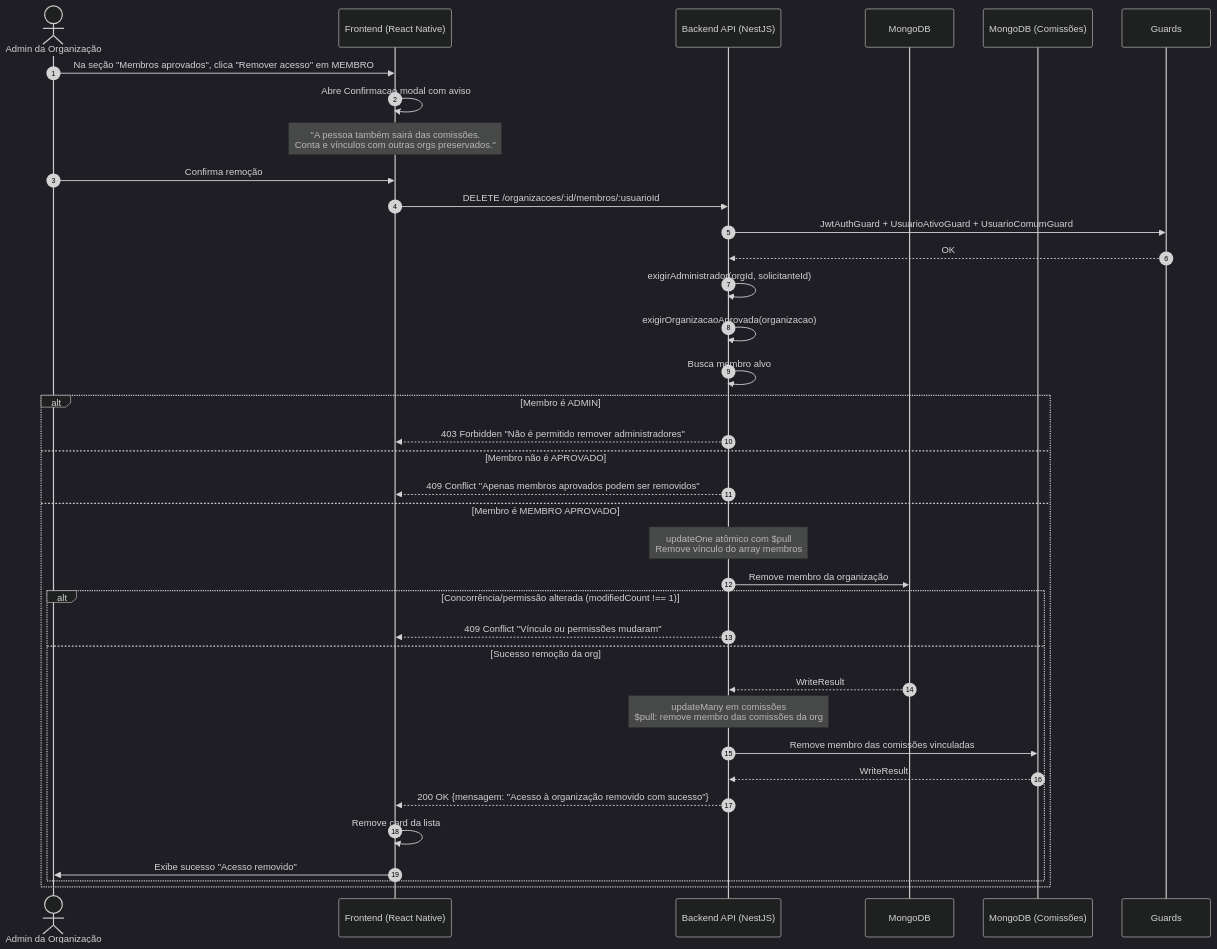
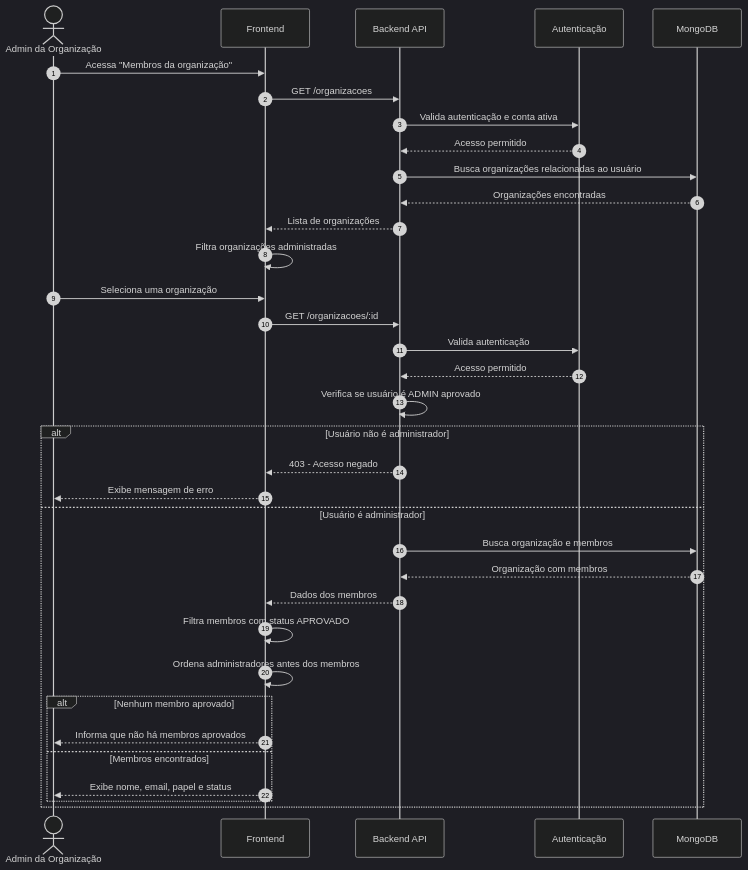
One commit to MrLucasMoreira/PDSI-Conecta- changed the eighth of 9 diagrams in docs/cadastro-usuario/6 - diagramas-sequencia-cadastro-usuario.md. Above: the diagram before and after it, drawn with Mermaid (dark theme). The commit also changed other lines of this file and 7 other files, not shown here.

````diff
--- a/docs/cadastro-usuario/6 - diagramas-sequencia-cadastro-usuario.md
+++ b/docs/cadastro-usuario/6 - diagramas-sequencia-cadastro-usuario.md
@@ -395,40 +351,47 @@
 ```mermaid
 sequenceDiagram
     autonumber
+
     actor AdminOrg as Admin da Organização
-    participant Frontend as Frontend (React Native)
-    participant API as Backend API (NestJS)
+    participant Frontend as Frontend
+    participant API as Backend API
+    participant Guards as Autenticação
     participant DB as MongoDB
-    participant ComissaoDB as MongoDB (Comissões)
 
-    AdminOrg->>Frontend: Na seção "Membros aprovados", clica "Remover acesso" em MEMBRO
-    Frontend->>Frontend: Abre Confirmacao modal com aviso
-    Note over Frontend: "A pessoa também sairá das comissões.<br/>Conta e vínculos com outras orgs preservados."
-    AdminOrg->>Frontend: Confirma remoção
-    Frontend->>API: DELETE /organizacoes/:id/membros/:usuarioId
-    API->>Guards: JwtAuthGuard + UsuarioAtivoGuard + UsuarioComumGuard
-    Guards-->>API: OK
-    API->>API: exigirAdministrador(orgId, solicitanteId)
-    API->>API: exigirOrganizacaoAprovada(organizacao)
-    API->>API: Busca membro alvo
-    
-    alt Membro é ADMIN
-        API-->>Frontend: 403 Forbidden "Não é permitido remover administradores"
-    else Membro não é APROVADO
-        API-->>Frontend: 409 Conflict "Apenas membros aprovados podem ser removidos"
-    else Membro é MEMBRO APROVADO
-        Note over API: updateOne atômico com $pull<br/>Remove vínculo do array membros
-        API->>DB: Remove membro da organização
-        alt Concorrência/permissão alterada (modifiedCount !== 1)
-            API-->>Frontend: 409 Conflict "Vínculo ou permissões mudaram"
-        else Sucesso remoção da org
-            DB-->>API: WriteResult
-            Note over API: updateMany em comissões<br/>$pull: remove membro das comissões da org
-            API->>ComissaoDB: Remove membro das comissões vinculadas
-            ComissaoDB-->>API: WriteResult
-            API-->>Frontend: 200 OK {mensagem: "Acesso à organização removido com sucesso"}
-            Frontend->>Frontend: Remove card da lista
-            Frontend->>AdminOrg: Exibe sucesso "Acesso removido"
+    AdminOrg->>Frontend: Acessa "Membros da organização"
+
+    Frontend->>API: GET /organizacoes
+    API->>Guards: Valida autenticação e conta ativa
+    Guards-->>API: Acesso permitido
+
+    API->>DB: Busca organizações relacionadas ao usuário
+    DB-->>API: Organizações encontradas
+    API-->>Frontend: Lista de organizações
+
+    Frontend->>Frontend: Filtra organizações administradas
+    AdminOrg->>Frontend: Seleciona uma organização
+
+    Frontend->>API: GET /organizacoes/:id
+    API->>Guards: Valida autenticação
+    Guards-->>API: Acesso permitido
+
+    API->>API: Verifica se usuário é ADMIN aprovado
+
+    alt Usuário não é administrador
+        API-->>Frontend: 403 - Acesso negado
+        Frontend-->>AdminOrg: Exibe mensagem de erro
+    else Usuário é administrador
+        API->>DB: Busca organização e membros
+        DB-->>API: Organização com membros
+
+        API-->>Frontend: Dados dos membros
+        Frontend->>Frontend: Filtra membros com status APROVADO
+        Frontend->>Frontend: Ordena administradores antes dos membros
+
+        alt Nenhum membro aprovado
+            Frontend-->>AdminOrg: Informa que não há membros aprovados
+        else Membros encontrados
+            Frontend-->>AdminOrg: Exibe nome, email, papel e status
         end
     end
 ```
````
